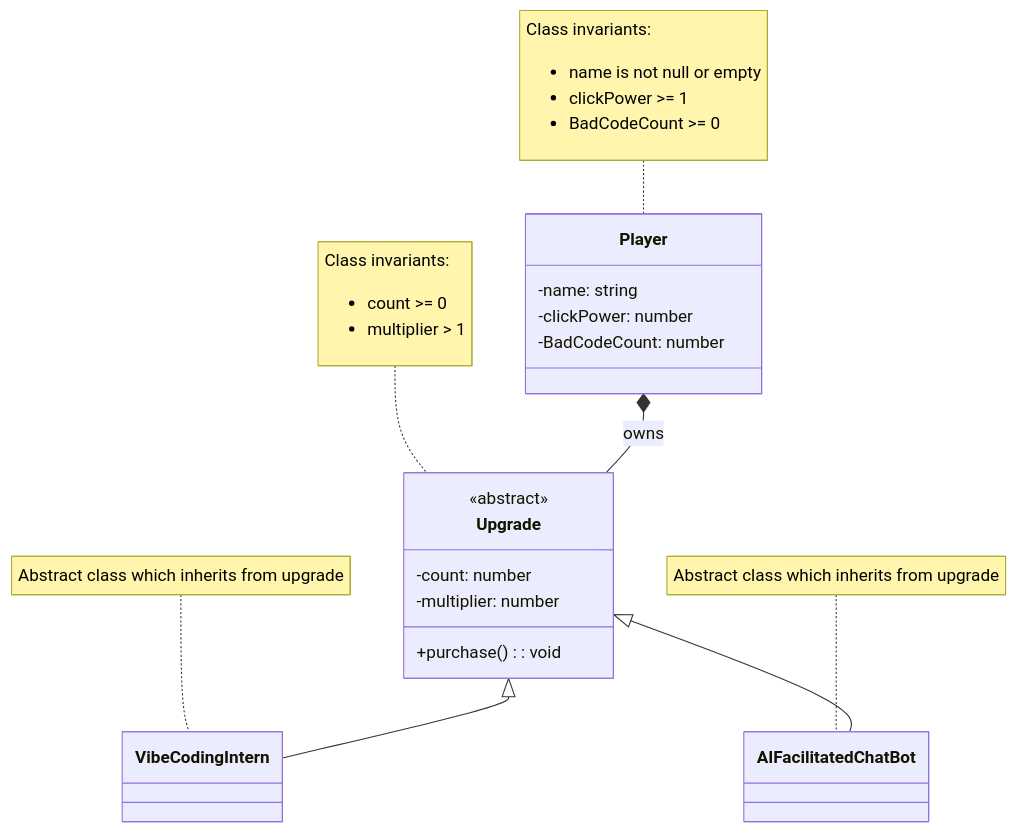
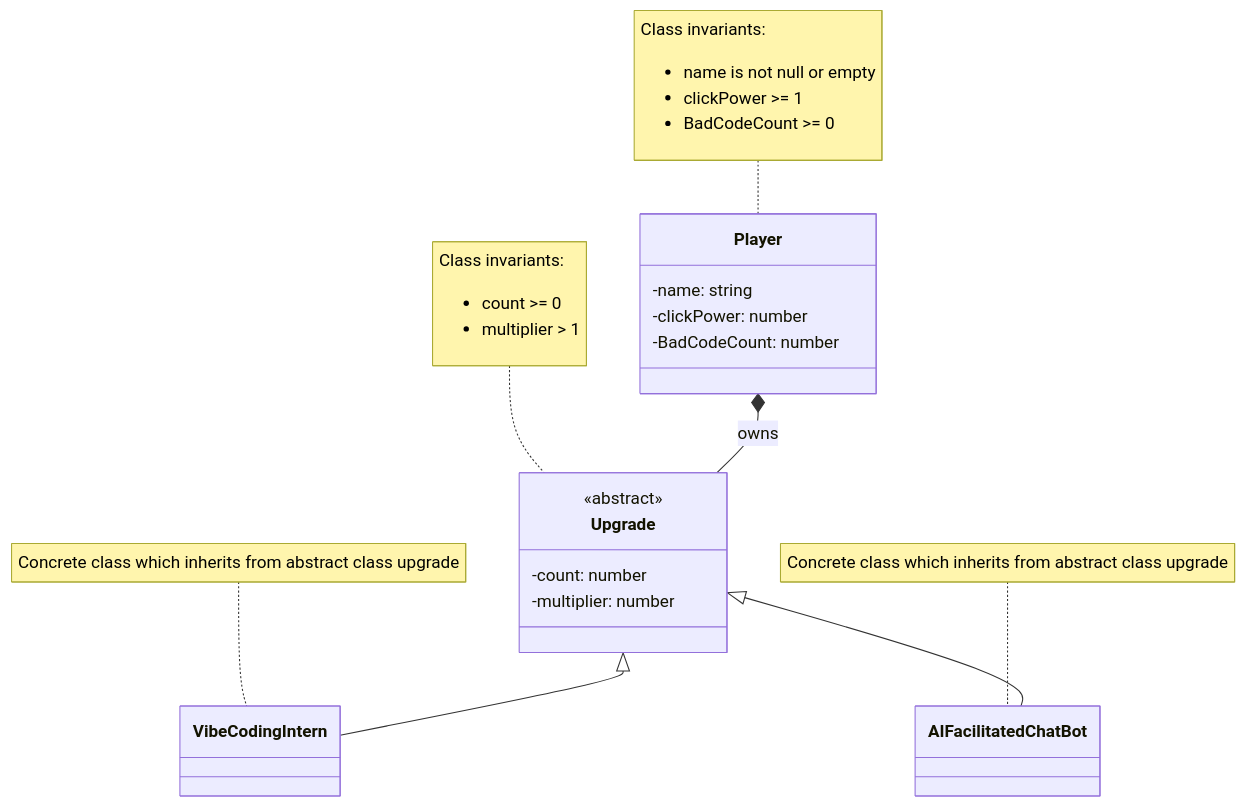
The diagram in domain.md (MoulikB/2452-project), drawn with Mermaid before and after one commit.

````diff
--- a/domain.md
+++ b/domain.md
@@ -11,46 +11,44 @@
 ```mermaid
 
 classDiagram
 
 class Player {
     -name: string
     -clickPower: number
     -BadCodeCount: number
 }
 
 note for Player "Class invariants:
 <ul>
 <li>name is not null or empty</li>
 <li>clickPower >= 1</li>
 <li>BadCodeCount >= 0</li>
 </ul>"
 
 class Upgrade {
     <<abstract>>
     -count: number
     -multiplier: number
-    +purchase(): void
 }
 
 note for Upgrade "Class invariants:
 <ul>
 <li>count >= 0</li>
 <li>multiplier > 1</li>
 </ul>"
 
 class VibeCodingIntern {
 }
 
 class AIFacilitatedChatBot {
 }
 
-note for VibeCodingIntern "Abstract class which inherits from upgrade"
+note for VibeCodingIntern "Concrete class which inherits from abstract class upgrade"
 
-note for AIFacilitatedChatBot "Abstract class which inherits from upgrade"
-
+note for AIFacilitatedChatBot "Concrete class which inherits from abstract class upgrade"
 Upgrade <|-- VibeCodingIntern
 Upgrade <|-- AIFacilitatedChatBot
 
 Player *-- Upgrade : owns
 
 ```
````
